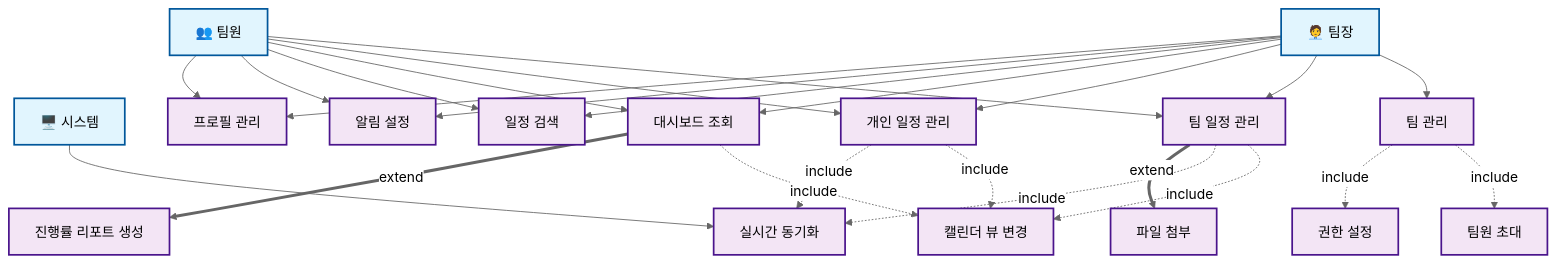
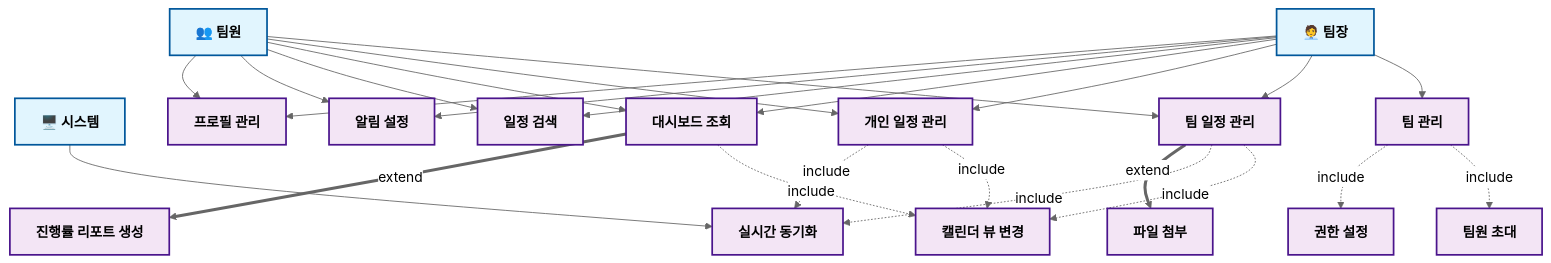
One commit to weed0518/scheduletree-docs changed the diagram in new.md. Above: the diagram before and after it, drawn with Mermaid (neutral theme).

````diff
--- a/new.md
+++ b/new.md
@@ -5,64 +5,64 @@
 ```mermaid
 graph TD
     %% 액터 정의
     A1[🧑‍💼 팀장]
     A2[👥 팀원]
     A3[🖥️ 시스템]
     
     %% 유스케이스 정의
     UC1[팀 관리]
     UC2[팀원 초대]
     UC3[권한 설정]
     UC4[팀 일정 관리]
     UC5[파일 첨부]
     UC6[개인 일정 관리]
     UC7[캘린더 뷰 변경]
     UC8[대시보드 조회]
     UC9[진행률 리포트 생성]
     UC10[실시간 동기화]
     UC11[일정 검색]
     UC12[알림 설정]
     UC13[프로필 관리]
     
     %% Include 관계 (필수) - 점선
     UC1 -.->|include| UC2
     UC1 -.->|include| UC3
     UC4 -.->|include| UC7
     UC6 -.->|include| UC7
     UC4 -.->|include| UC10
     UC6 -.->|include| UC10
     UC8 -.->|include| UC7
     
     %% Extend 관계 (선택) - 이중 점선
     UC4 == extend ==> UC5
     UC8 == extend ==> UC9
     
     %% 액터-유스케이스 관계
     A1 --> UC1
     A1 --> UC4
     A1 --> UC6
     A1 --> UC8
     A1 --> UC11
     A1 --> UC12
     A1 --> UC13
     
     A2 --> UC4
     A2 --> UC6
     A2 --> UC8
     A2 --> UC11
     A2 --> UC12
     A2 --> UC13
     
     A3 --> UC10
     
-    %% 스타일 설정
-    classDef actor fill:#e1f5fe,stroke:#01579b,stroke-width:2px
-    classDef usecase fill:#f3e5f5,stroke:#4a148c,stroke-width:2px
-    classDef include stroke-dasharray: 5 5
-    classDef extend stroke-dasharray: 5 5,stroke-width:3px
+    %% 스타일 설정 - 글씨 진하게
+    classDef actor fill:#e1f5fe,stroke:#01579b,stroke-width:2px,color:#000000,font-weight:bold
+    classDef usecase fill:#f3e5f5,stroke:#4a148c,stroke-width:2px,color:#000000,font-weight:bold
+    classDef include stroke-dasharray: 5 5,font-weight:bold
+    classDef extend stroke-dasharray: 5 5,stroke-width:3px,font-weight:bold
     
     class A1,A2,A3 actor
     class UC1,UC2,UC3,UC4,UC5,UC6,UC7,UC8,UC9,UC10,UC11,UC12,UC13 usecase
     linkStyle 4,5,6,7,8,9,10 include
     linkStyle 11,12 extend
 ```
````
